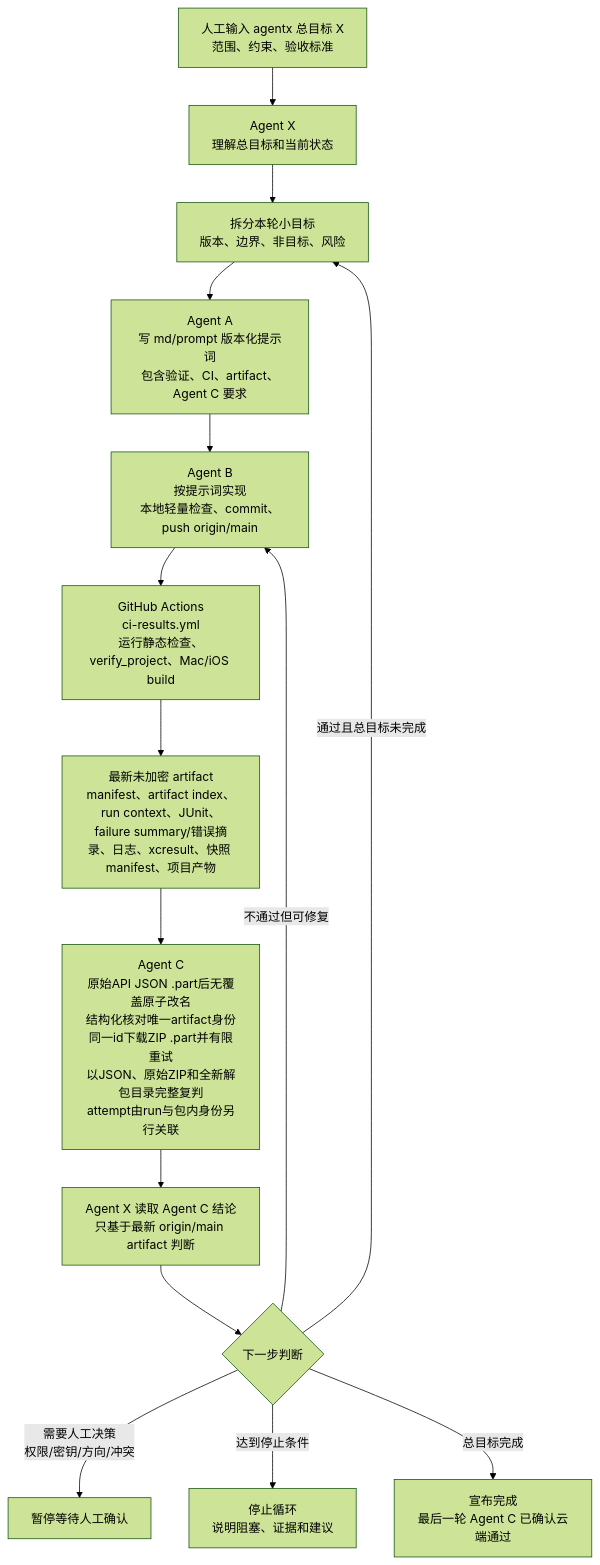
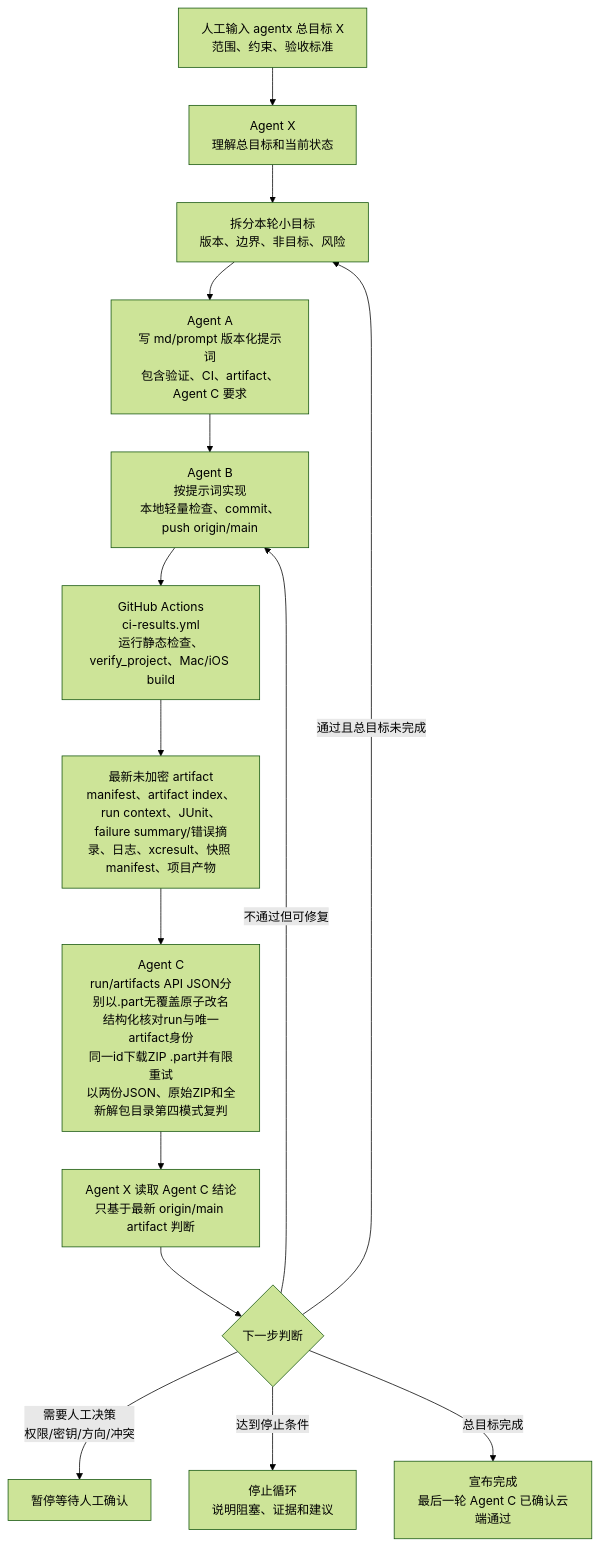
One commit to Altman-sam114/114 changed the sixth of 6 diagrams in md/flow/flowchart.md. Above: the diagram before and after it, drawn with Mermaid (forest theme). The commit also changed other lines of this file and 11 other files, not shown here.

````diff
--- a/md/flow/flowchart.md
+++ b/md/flow/flowchart.md
@@ -153,17 +155,17 @@
 ```mermaid
 flowchart TD
   H["人工输入 agentx 总目标 X<br/>范围、约束、验收标准"] --> X0["Agent X<br/>理解总目标和当前状态"]
   X0 --> X1["拆分本轮小目标<br/>版本、边界、非目标、风险"]
   X1 --> A["Agent A<br/>写 md/prompt 版本化提示词<br/>包含验证、CI、artifact、Agent C 要求"]
   A --> B["Agent B<br/>按提示词实现<br/>本地轻量检查、commit、push origin/main"]
   B --> CI["GitHub Actions<br/>ci-results.yml<br/>运行静态检查、verify_project、Mac/iOS build"]
   CI --> ART["最新未加密 artifact<br/>manifest、artifact index、run context、JUnit、failure summary/错误摘录、日志、xcresult、快照 manifest、项目产物"]
-  ART --> C["Agent C<br/>原始API JSON .part后无覆盖原子改名<br/>结构化核对唯一artifact身份<br/>同一id下载ZIP .part并有限重试<br/>以JSON、原始ZIP和全新解包目录完整复判<br/>attempt由run与包内身份另行关联"]
+  ART --> C["Agent C<br/>run/artifacts API JSON分别以.part无覆盖原子改名<br/>结构化核对run与唯一artifact身份<br/>同一id下载ZIP .part并有限重试<br/>以两份JSON、原始ZIP和全新解包目录第四模式复判"]
   C --> X2["Agent X 读取 Agent C 结论<br/>只基于最新 origin/main artifact 判断"]
   X2 --> D{"下一步判断"}
   D -->|通过且总目标未完成| X1
   D -->|不通过但可修复| B
   D -->|需要人工决策<br/>权限/密钥/方向/冲突| P["暂停等待人工确认"]
   D -->|达到停止条件| S["停止循环<br/>说明阻塞、证据和建议"]
   D -->|总目标完成| DONE["宣布完成<br/>最后一轮 Agent C 已确认云端通过"]
 ```
````
